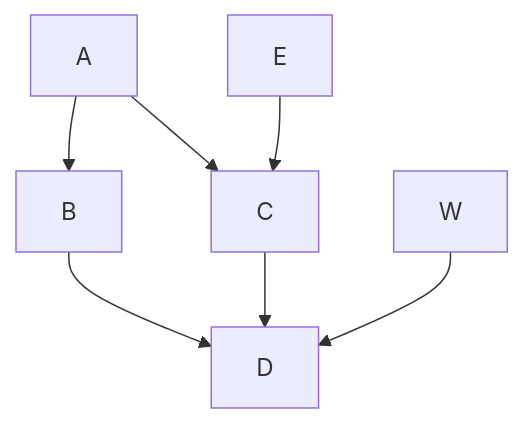
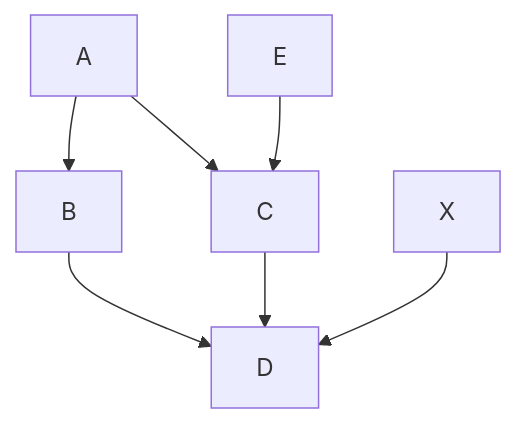
Before and after one commit to thijzert/chesseract: the diagram in doc/test.mermaid, drawn with Mermaid. The commit also changed 1 other file, not shown here.

```diff
--- a/doc/test.mermaid
+++ b/doc/test.mermaid
@@ -1,7 +1,7 @@
 graph TD;
     A-->B;
     A-->C;
     B-->D;
     C-->D;
-    W-->D;
+    X-->D;
     E-->C;
```
